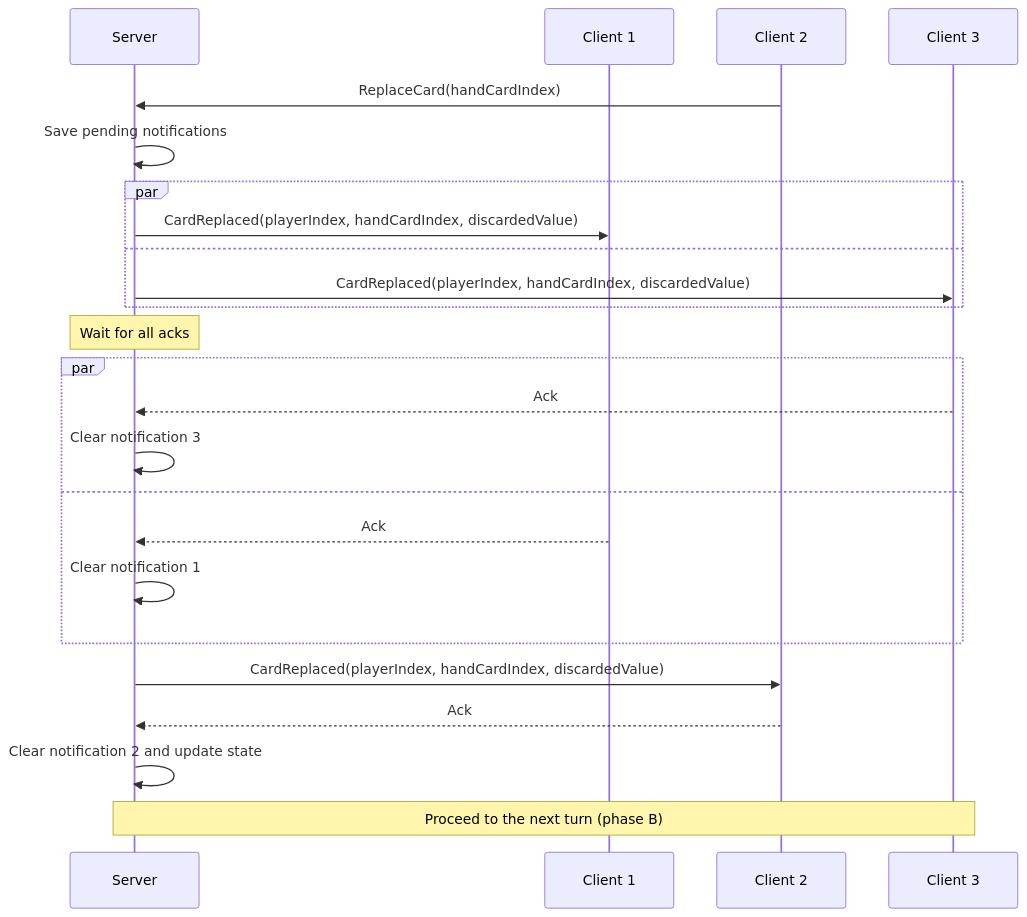
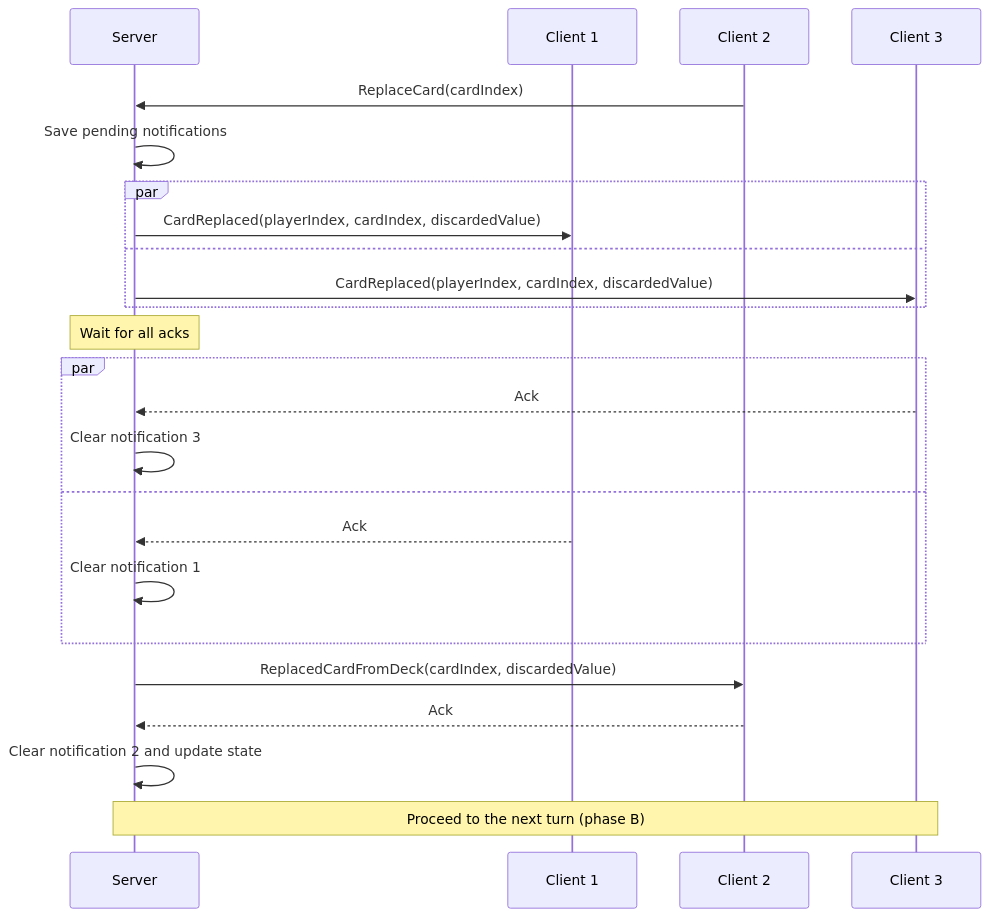
The ninth of 15 diagrams in README.md (roman-zubarevich/another), drawn with Mermaid before and after one commit. The commit also changed other lines of this file, not shown here.

````diff
--- a/README.md
+++ b/README.md
@@ -251,26 +251,26 @@
 ```mermaid
 sequenceDiagram
     participant S as Server
     participant C1 as Client 1
     participant C2 as Client 2
     participant C3 as Client 3
-    C2->>S: ReplaceCard(handCardIndex)
+    C2->>S: ReplaceCard(cardIndex)
     S->>S: Save pending notifications
     par
-        S->>C1: CardReplaced(playerIndex, handCardIndex, discardedValue)
+        S->>C1: CardReplaced(playerIndex, cardIndex, discardedValue)
     and
-        S->>C3: CardReplaced(playerIndex, handCardIndex, discardedValue)
+        S->>C3: CardReplaced(playerIndex, cardIndex, discardedValue)
     end
     Note over S: Wait for all acks
     par
         C3-->>S: Ack
         S->>S: Clear notification 3
     and
         C1-->>S: Ack
         S->>S: Clear notification 1
     end
-    S->>C2: CardReplaced(playerIndex, handCardIndex, discardedValue)
+    S->>C2: ReplacedCardFromDeck(cardIndex, discardedValue)
     C2-->>S: Ack
     S->>S: Clear notification 2 and update state
     Note over S,C3: Proceed to the next turn (phase B)
 ```
````
